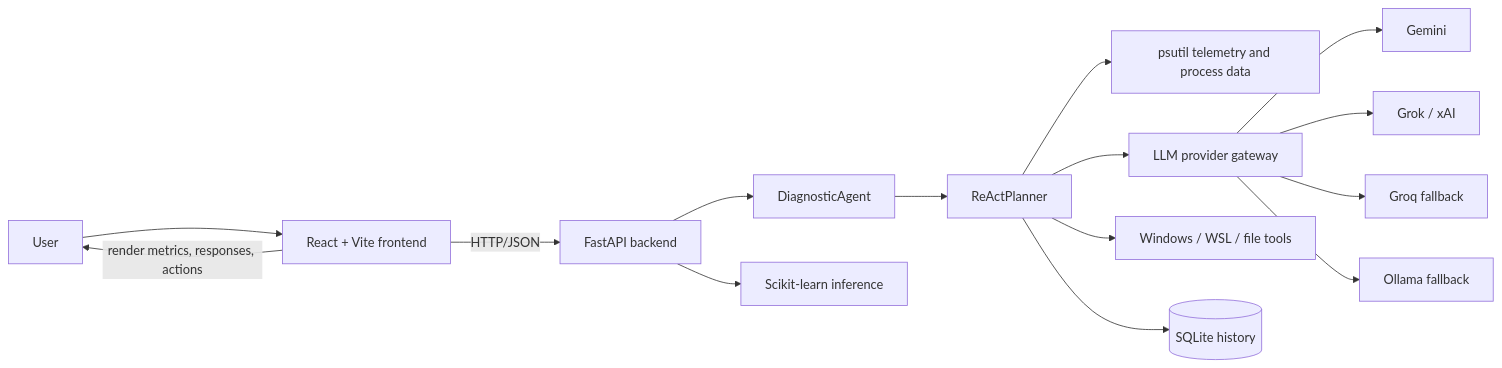
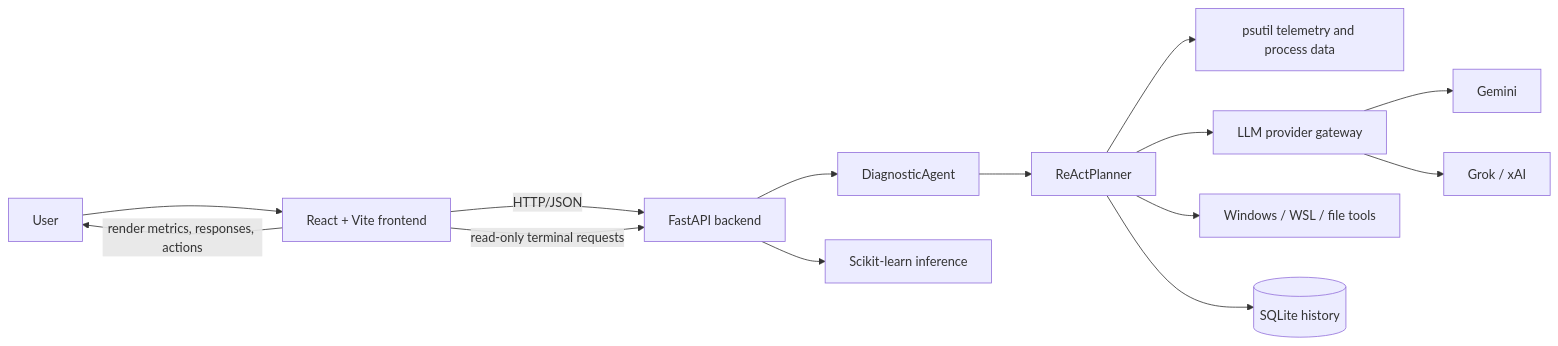
Before and after one commit to Prasad-Dalvi/KernelSense: the diagram in PROJECT_GUIDE.md, drawn with Mermaid. The commit also changed other lines of this file and 18 other files, not shown here.

Commit message:
Add selected provider models and read-only terminal

````diff
--- a/PROJECT_GUIDE.md
+++ b/PROJECT_GUIDE.md
@@ -42,17 +43,16 @@
 ```mermaid
 flowchart LR
     U[User] --> UI[React + Vite frontend]
     UI -->|HTTP/JSON| API[FastAPI backend]
     API --> AG[DiagnosticAgent]
     AG --> P[ReActPlanner]
     P --> T[psutil telemetry and process data]
     P --> G[LLM provider gateway]
     G --> GM[Gemini]
     G --> XK[Grok / xAI]
-    G --> GQ[Groq fallback]
-    G --> OL[Ollama fallback]
+    UI -->|read-only terminal requests| API
     P --> O[Windows / WSL / file tools]
     P --> DB[(SQLite history)]
     API --> ML[Scikit-learn inference]
     UI -->|render metrics, responses, actions| U
 ```
````
